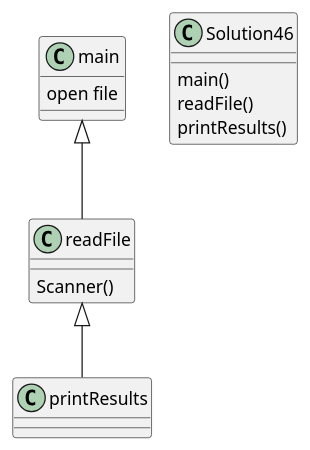
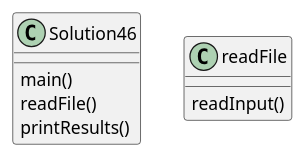
One commit to lins0409/lin-a04 changed the diagram in exercise46/docs/exercise46_diagram.puml. Above: the diagram before and after it, drawn with PlantUML. The commit also changed 2 other files, not shown here.

```diff
--- a/exercise46/docs/exercise46_diagram.puml
+++ b/exercise46/docs/exercise46_diagram.puml
@@ -1,17 +1,14 @@
 @startuml
 'https://plantuml.com/class-diagram
-
-
-main <|-- readFile
-readFile <|-- printResults
-main : open file
-readFile : Scanner()
-
 
 class Solution46 {
 main()
 readFile()
 printResults()
 }
 
+class readFile{
+readInput()
+}
+
 @enduml
```
